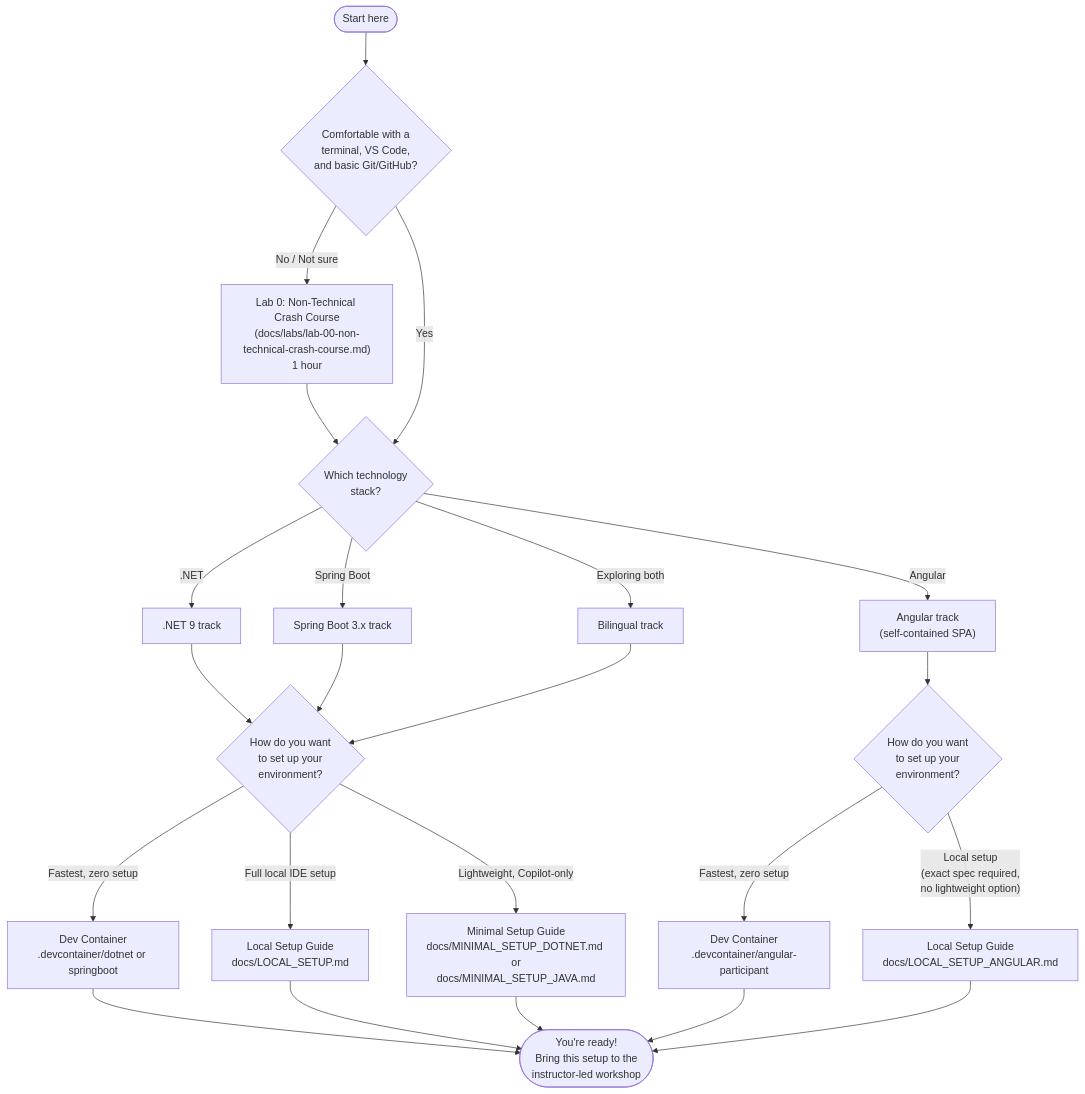
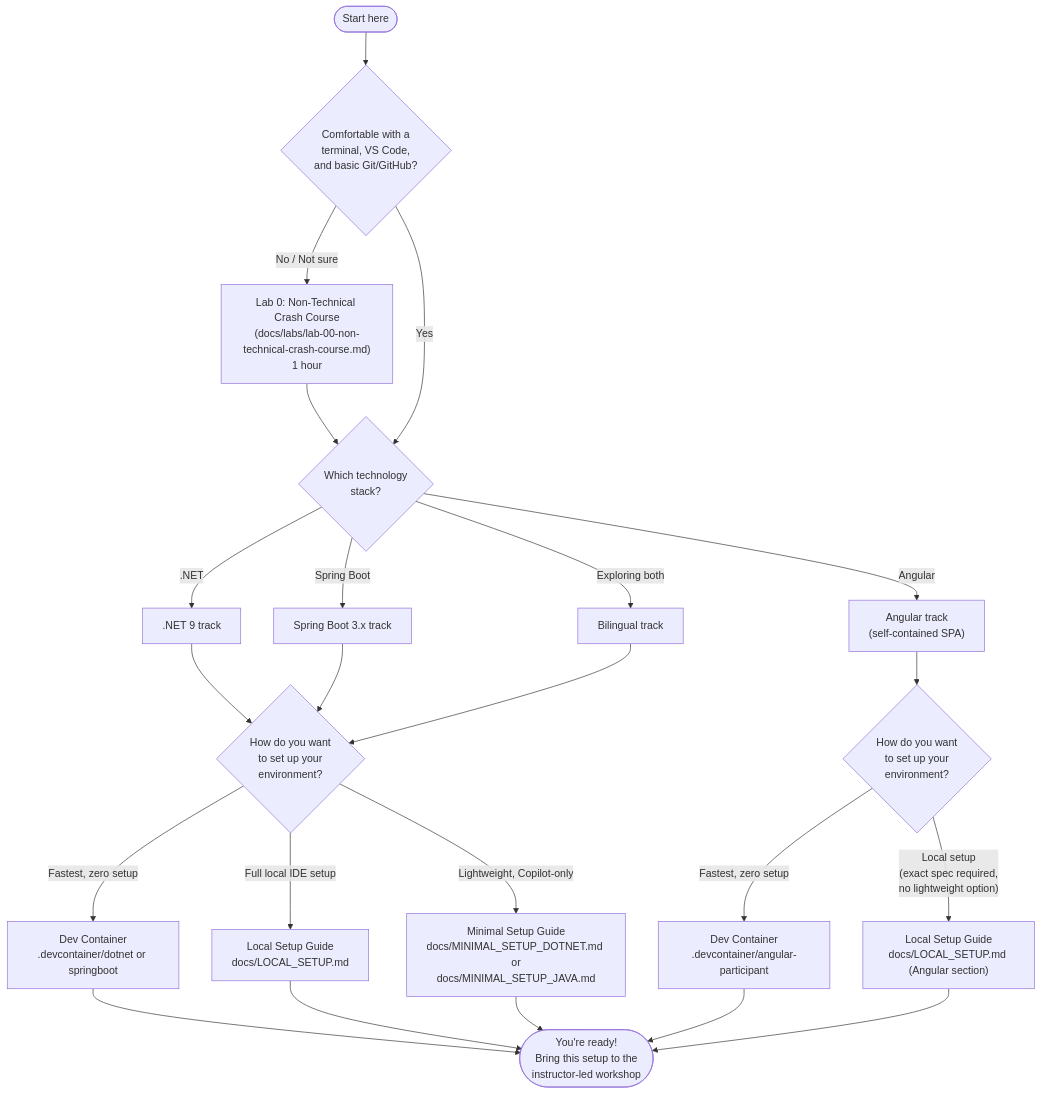
One commit to centricconsulting/ai-coding-workshop changed the diagram in README.md. Above: the diagram before and after it, drawn with Mermaid. The commit also changed other lines of this file and 4 other files, not shown here.

First line of the commit message:
docs: merge Angular local setup into LOCAL_SETUP.md

````diff
--- a/README.md
+++ b/README.md
@@ -42,25 +42,25 @@
 ```mermaid
 flowchart TD
     A([Start here]) --> B{Comfortable with a<br>terminal, VS Code,<br>and basic Git/GitHub?}
     B -- "No / Not sure" --> C["Lab 0: Non-Technical Crash Course<br>(docs/labs/lab-00-non-technical-crash-course.md)<br>1 hour"]
     C --> D
     B -- "Yes" --> D{Which technology<br>stack?}
     D -- ".NET" --> E[".NET 9 track"]
     D -- "Spring Boot" --> F["Spring Boot 3.x track"]
     D -- "Exploring both" --> G["Bilingual track"]
     D -- "Angular" --> M["Angular track<br>(self-contained SPA)"]
     E --> H{How do you want<br>to set up your<br>environment?}
     F --> H
     G --> H
     H -- "Fastest, zero setup" --> I["Dev Container<br>.devcontainer/dotnet or springboot"]
     H -- "Full local IDE setup" --> J["Local Setup Guide<br>docs/LOCAL_SETUP.md"]
     H -- "Lightweight, Copilot-only" --> K["Minimal Setup Guide<br>docs/MINIMAL_SETUP_DOTNET.md or<br>docs/MINIMAL_SETUP_JAVA.md"]
     M --> N{How do you want<br>to set up your<br>environment?}
     N -- "Fastest, zero setup" --> O["Dev Container<br>.devcontainer/angular-participant"]
-    N -- "Local setup<br>(exact spec required,<br>no lightweight option)" --> P["Local Setup Guide<br>docs/LOCAL_SETUP_ANGULAR.md"]
+    N -- "Local setup<br>(exact spec required,<br>no lightweight option)" --> P["Local Setup Guide<br>docs/LOCAL_SETUP.md (Angular section)"]
     I --> L(["You're ready!<br>Bring this setup to the<br>instructor-led workshop"])
     J --> L
     K --> L
     O --> L
     P --> L
 ```
````
